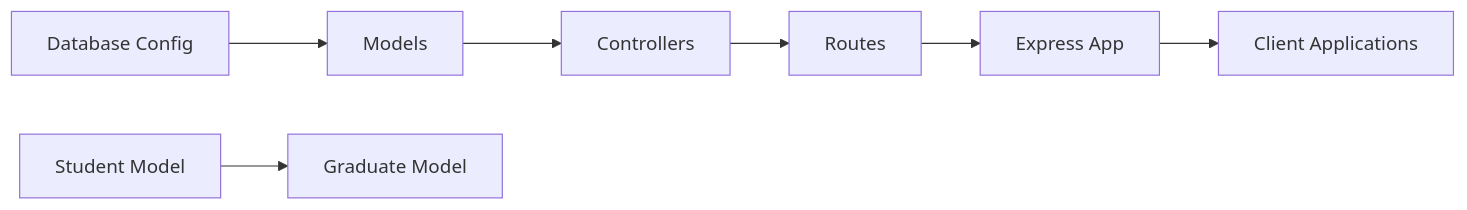
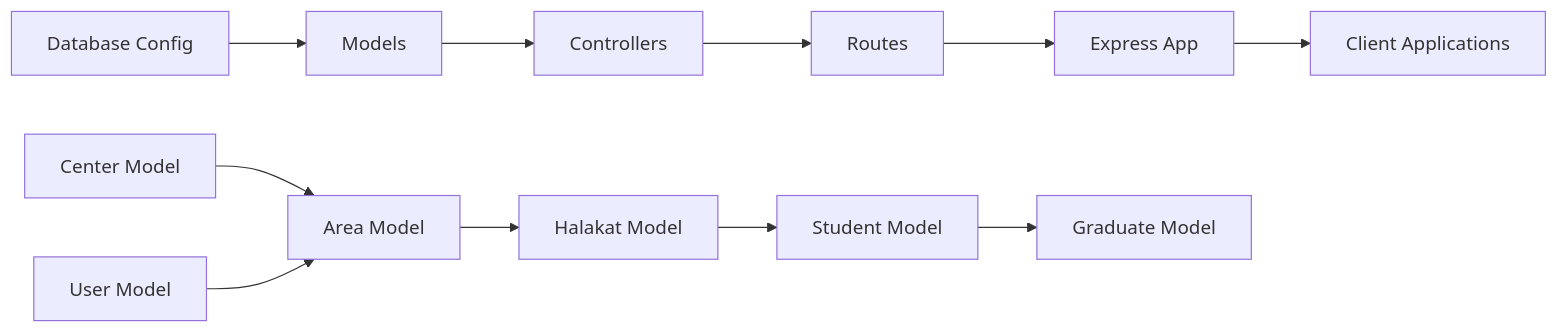
Before and after one commit to Mreng78/khirocom_project: diagram 12 of 12 in .qoder/repowiki/en/content/Feature Modules/Feature Modules.md, drawn with Mermaid. The commit also changed other lines of this file and 6 other files, not shown here.

````diff
--- a/.qoder/repowiki/en/content/Feature Modules/Feature Modules.md
+++ b/.qoder/repowiki/en/content/Feature Modules/Feature Modules.md
@@ -495,9 +599,13 @@
 ```mermaid
 graph LR
 DB["Database Config"] --> MODELS["Models"]
 MODELS --> CONTROLLERS["Controllers"]
 CONTROLLERS --> ROUTES["Routes"]
 ROUTES --> APP["Express App"]
 APP --> CLIENT["Client Applications"]
+CENTER["Center Model"] --> AREA["Area Model"]
+USER["User Model"] --> AREA["Area Model"]
+AREA["Area Model"] --> HALAKAT["Halakat Model"]
+HALAKAT["Halakat Model"] --> STUDENT["Student Model"]
 STUDENT["Student Model"] --> GRADUATE["Graduate Model"]
 ```
````
